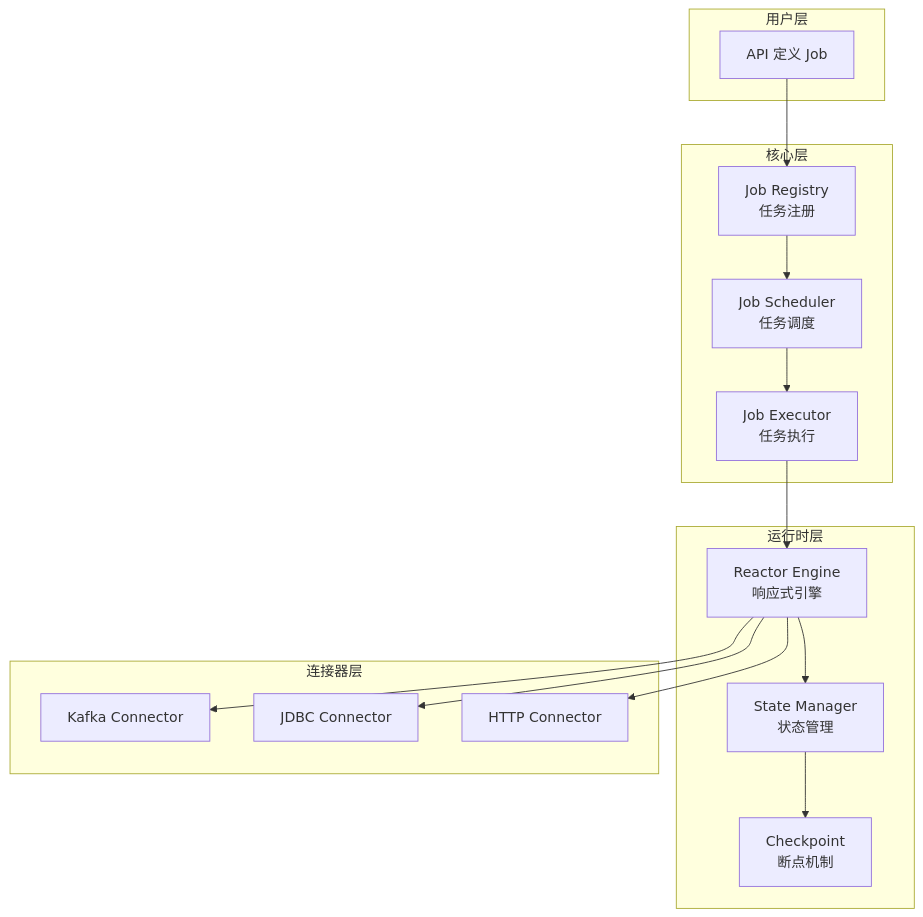
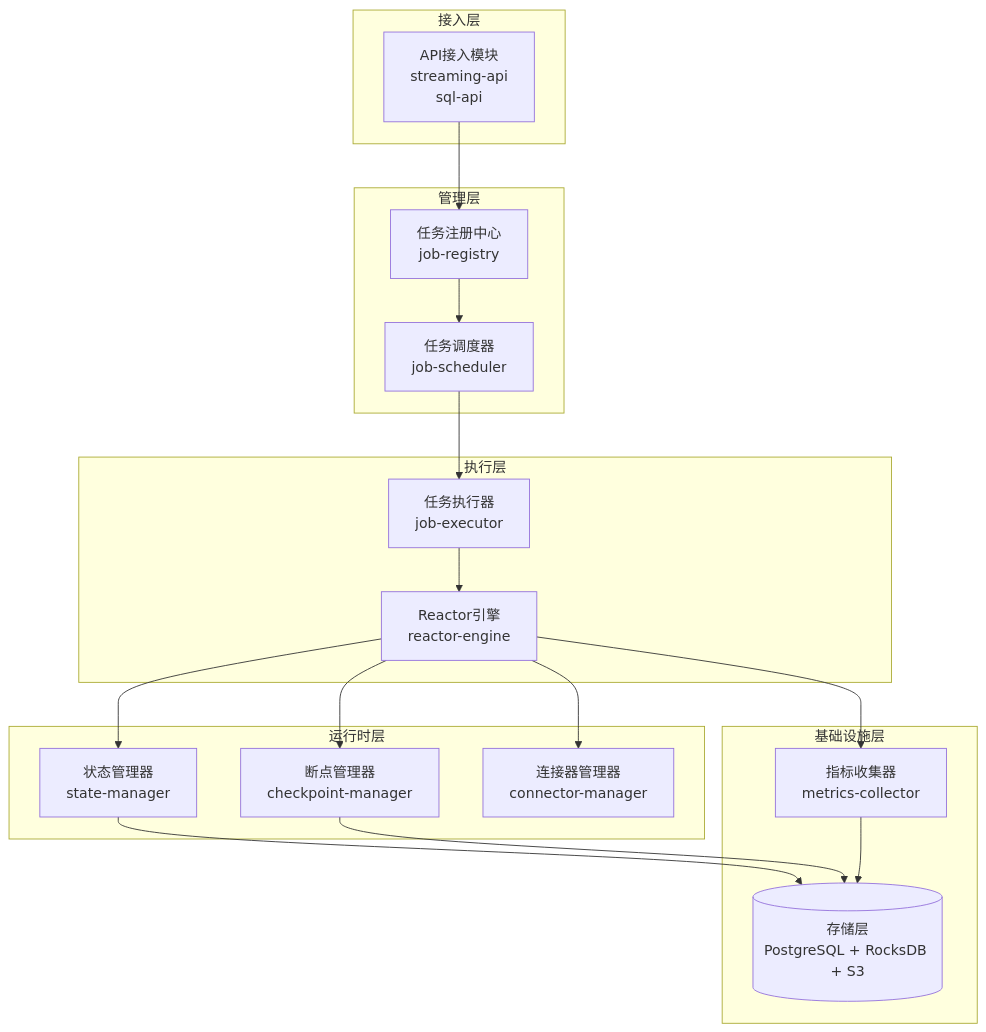
The first of 12 diagrams in pipeline-framework-design.md (312268112/advanced-java), drawn with Mermaid before and after one commit. The commit also changed other lines of this file, not shown here.

````diff
--- a/pipeline-framework-design.md
+++ b/pipeline-framework-design.md
@@ -45,34 +40,39 @@
 ```mermaid
 graph TB
-    subgraph "用户层"
-        API[API 定义 Job]
+    subgraph "接入层"
+        API[API接入模块<br/>streaming-api<br/>sql-api]
     end
     
-    subgraph "核心层"
-        Registry[Job Registry<br/>任务注册]
-        Scheduler[Job Scheduler<br/>任务调度]
-        Executor[Job Executor<br/>任务执行]
+    subgraph "管理层"
+        Registry[任务注册中心<br/>job-registry]
+        Scheduler[任务调度器<br/>job-scheduler]
+    end
+    
+    subgraph "执行层"
+        Executor[任务执行器<br/>job-executor]
+        ReactorEngine[Reactor引擎<br/>reactor-engine]
     end
     
     subgraph "运行时层"
-        Reactor[Reactor Engine<br/>响应式引擎]
-        State[State Manager<br/>状态管理]
-        Checkpoint[Checkpoint<br/>断点机制]
+        StateManager[状态管理器<br/>state-manager]
+        CheckpointManager[断点管理器<br/>checkpoint-manager]
+        ConnectorManager[连接器管理器<br/>connector-manager]
     end
     
-    subgraph "连接器层"
-        Kafka[Kafka Connector]
-        JDBC[JDBC Connector]
-        HTTP[HTTP Connector]
+    subgraph "基础设施层"
+        MetricsCollector[指标收集器<br/>metrics-collector]
+        Storage[(存储层<br/>PostgreSQL + RocksDB + S3)]
     end
     
     API --> Registry
     Registry --> Scheduler
     Scheduler --> Executor
-    Executor --> Reactor
-    Reactor --> State
-    State --> Checkpoint
-    Reactor --> Kafka
-    Reactor --> JDBC
-    Reactor --> HTTP
+    Executor --> ReactorEngine
+    ReactorEngine --> StateManager
+    ReactorEngine --> CheckpointManager
+    ReactorEngine --> ConnectorManager
+    ReactorEngine --> MetricsCollector
+    StateManager --> Storage
+    CheckpointManager --> Storage
+    MetricsCollector --> Storage
 ```
````
